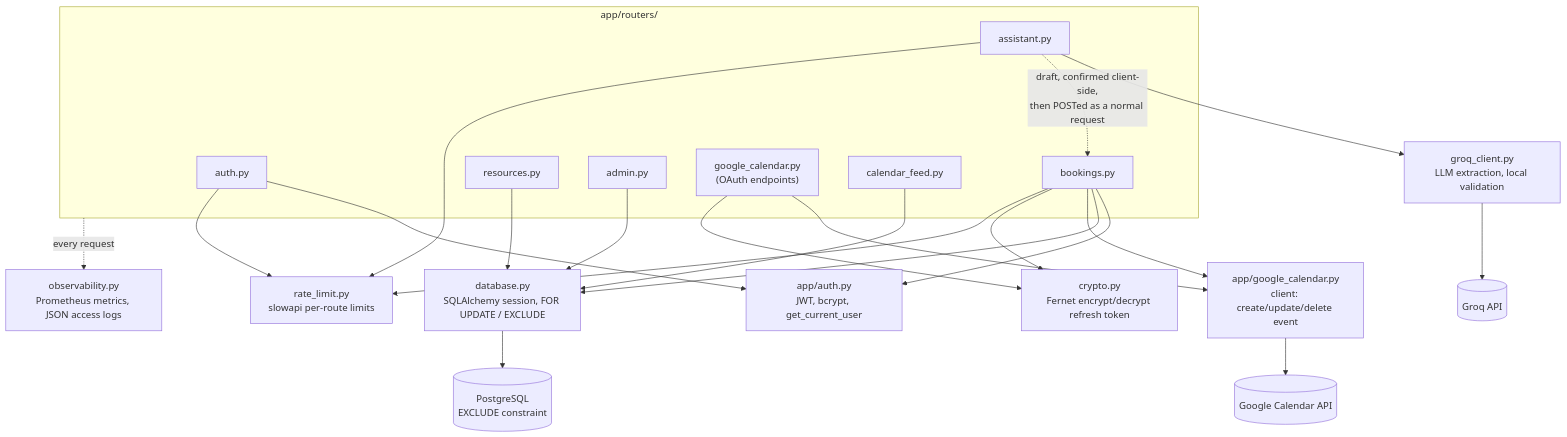
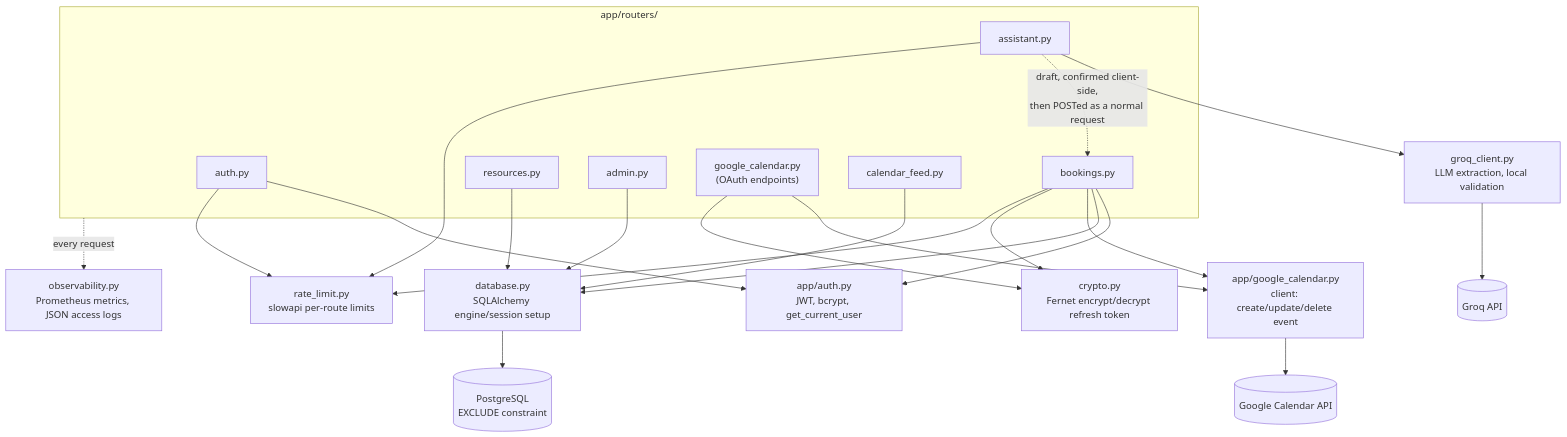
One commit to ApparentlyTejas/RoomLock changed the third of 5 diagrams in README.md. Above: the diagram before and after it, drawn with Mermaid. The commit also changed other lines of this file, not shown here.

Commit message:
Fix README architecture diagram: overlap logic lives in bookings.py, not database.py
database.py only sets up the SQLAlchemy engine/session; the FOR UPDATE
and EXCLUDE-constraint handling the diagram attributed to it actually
lives directly in bookings.py.

````diff
--- a/README.md
+++ b/README.md
@@ -142,34 +142,34 @@
 ```mermaid
 flowchart TB
   subgraph Routers["app/routers/"]
     AU[auth.py]
     BK[bookings.py]
     RS[resources.py]
     AD[admin.py]
     AS[assistant.py]
     GCR["google_calendar.py<br/>(OAuth endpoints)"]
     CF[calendar_feed.py]
   end
 
   AU --> AM["app/auth.py<br/>JWT, bcrypt, get_current_user"]
   BK --> AM
-  BK --> DB["database.py<br/>SQLAlchemy session, FOR UPDATE / EXCLUDE"]
+  BK --> DB["database.py<br/>SQLAlchemy engine/session setup"]
   RS --> DB
   AD --> DB
   CF --> DB
   AS --> GQ["groq_client.py<br/>LLM extraction, local validation"]
   AS -. draft, confirmed client-side,<br/>then POSTed as a normal request .-> BK
   BK --> GCC["app/google_calendar.py<br/>client: create/update/delete event"]
   GCR --> GCC
   BK --> CR["crypto.py<br/>Fernet encrypt/decrypt refresh token"]
   GCR --> CR
   BK --> RL["rate_limit.py<br/>slowapi per-route limits"]
   AU --> RL
   AS --> RL
 
   DB --> PG[("PostgreSQL<br/>EXCLUDE constraint")]
   GCC --> GCAL[("Google Calendar API")]
   GQ --> GROQ[("Groq API")]
 
   Routers -.every request.-> OBS["observability.py<br/>Prometheus metrics, JSON access logs"]
 ```
````
